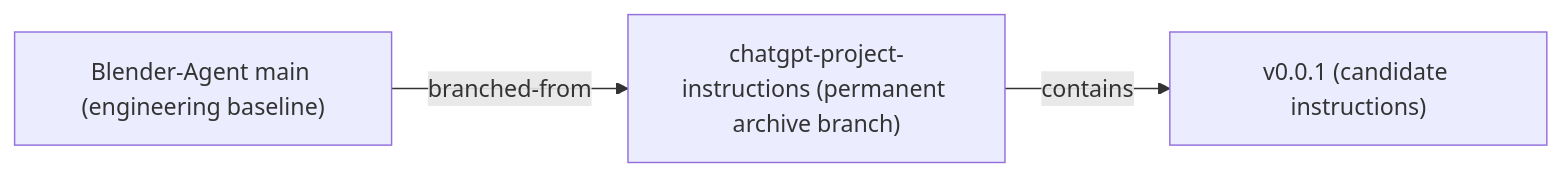
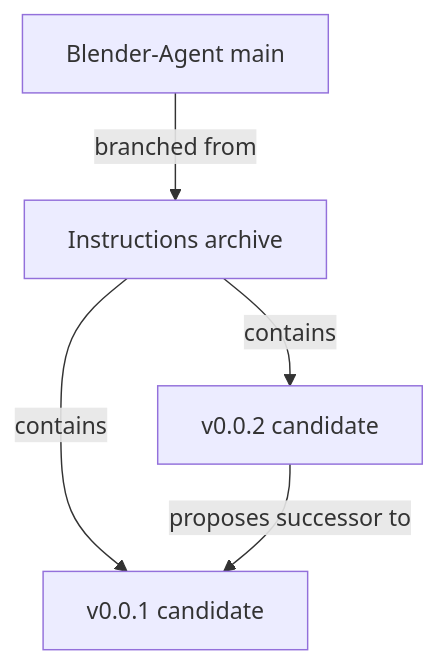
One commit to vixttha/Blender-Agent changed the diagram in graphify/versions.mmd. Above: the diagram before and after it, drawn with Mermaid. The commit also changed 12 other files, not shown here.

Commit message:
Add Blender-Agent ChatGPT project instructions v0.0.2 candidate

```diff
--- a/graphify/versions.mmd
+++ b/graphify/versions.mmd
@@ -1,6 +1,9 @@
-flowchart LR
-  M["Blender-Agent main (engineering baseline)"]
-  B["chatgpt-project-instructions (permanent archive branch)"]
-  V1["v0.0.1 (candidate instructions)"]
-  M -->|branched-from| B
+flowchart TD
+  M["Blender-Agent main"]
+  B["Instructions archive"]
+  V1["v0.0.1 candidate"]
+  V2["v0.0.2 candidate"]
+  M -->|branched from| B
   B -->|contains| V1
+  B -->|contains| V2
+  V2 -->|proposes successor to| V1
```
